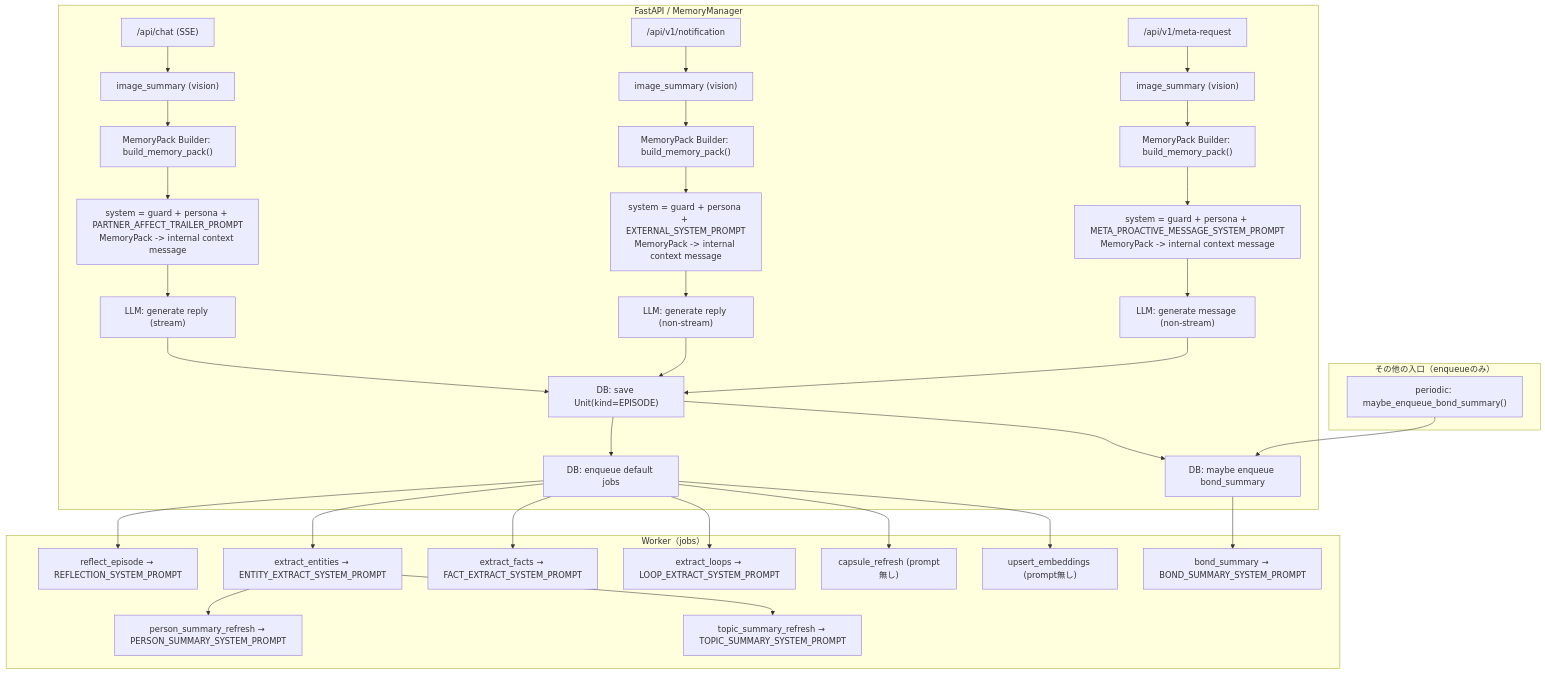
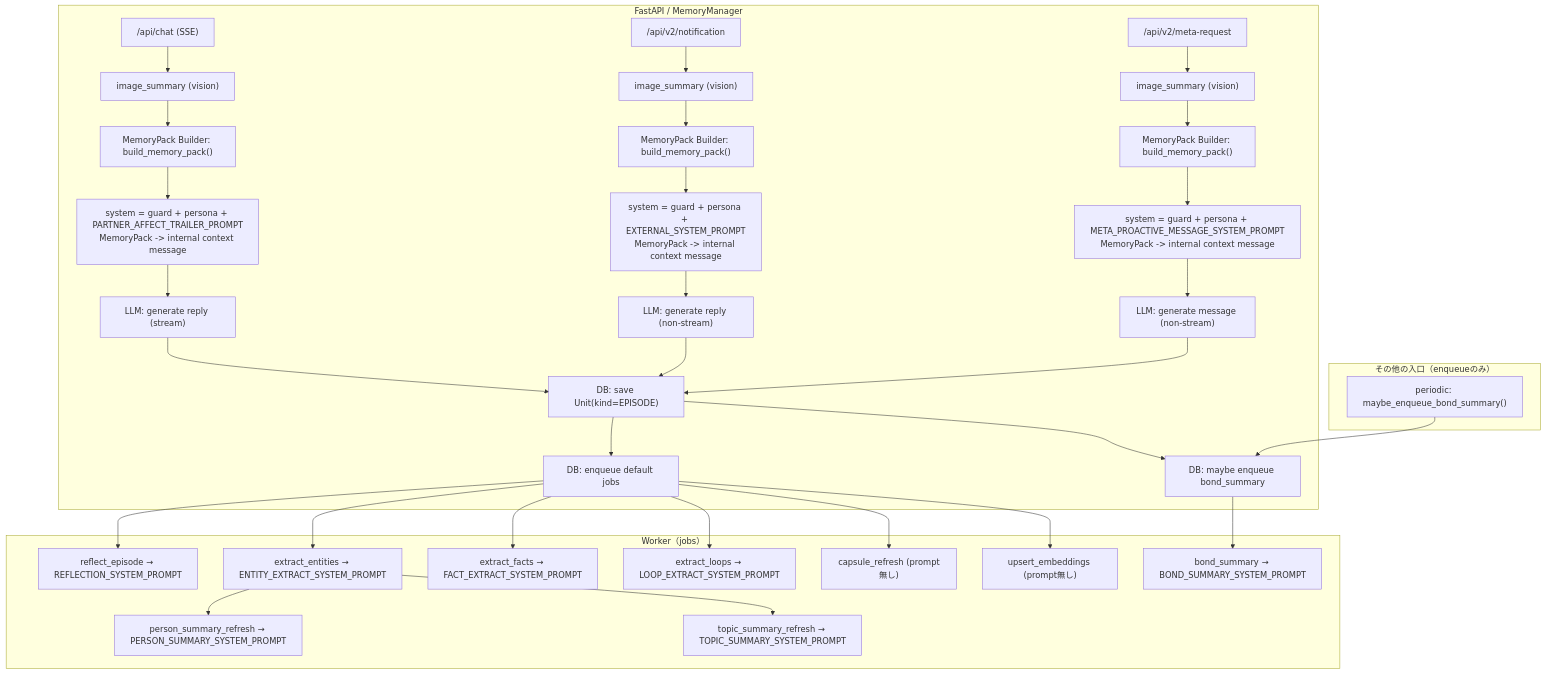
One commit to hirona98/cocoro_ghost changed the first of 4 diagrams in docs/prompt_usage_map.md. Above: the diagram before and after it, drawn with Mermaid. The commit also changed 7 other files, not shown here.

````diff
--- a/docs/prompt_usage_map.md
+++ b/docs/prompt_usage_map.md
@@ -31,43 +31,43 @@
 ```mermaid
 flowchart TD
   subgraph API["FastAPI / MemoryManager"]
     CHAT["/api/chat (SSE)"] --> IMGC["image_summary (vision)"]
-    NOTIF["/api/v1/notification"] --> IMGN["image_summary (vision)"]
-    META["/api/v1/meta-request"] --> IMGM["image_summary (vision)"]
+    NOTIF["/api/v2/notification"] --> IMGN["image_summary (vision)"]
+    META["/api/v2/meta-request"] --> IMGM["image_summary (vision)"]
 
     IMGC --> PACK["MemoryPack Builder: build_memory_pack()"]
     IMGN --> PACKN["MemoryPack Builder: build_memory_pack()"]
     IMGM --> PACKM["MemoryPack Builder: build_memory_pack()"]
 
     PACK --> SYS_CHAT["system = guard + persona + PARTNER_AFFECT_TRAILER_PROMPT\nMemoryPack -> internal context message"]
     PACKN --> SYS_NOTIF["system = guard + persona + EXTERNAL_SYSTEM_PROMPT\nMemoryPack -> internal context message"]
     PACKM --> SYS_META["system = guard + persona + META_PROACTIVE_MESSAGE_SYSTEM_PROMPT\nMemoryPack -> internal context message"]
 
     SYS_CHAT --> LLM_CHAT["LLM: generate reply (stream)"]
     SYS_NOTIF --> LLM_NOTIF["LLM: generate reply (non-stream)"]
     SYS_META --> LLM_META["LLM: generate message (non-stream)"]
 
     LLM_CHAT --> SAVE_EP["DB: save Unit(kind=EPISODE)"]
     LLM_NOTIF --> SAVE_EP
     LLM_META --> SAVE_EP
 
     SAVE_EP --> ENQ["DB: enqueue default jobs"]
     SAVE_EP --> ENQW_MAYBE["DB: maybe enqueue bond_summary"]
   end
 
   subgraph WORKER["Worker（jobs）"]
     ENQ --> REFLECT["reflect_episode → REFLECTION_SYSTEM_PROMPT"]
     ENQ --> ENT["extract_entities → ENTITY_EXTRACT_SYSTEM_PROMPT"]
     ENQ --> FACT["extract_facts → FACT_EXTRACT_SYSTEM_PROMPT"]
     ENQ --> LOOP["extract_loops → LOOP_EXTRACT_SYSTEM_PROMPT"]
     ENQ --> CAPR["capsule_refresh (prompt無し)"]
     ENQ --> EMB["upsert_embeddings (prompt無し)"]
     ENT --> PERS["person_summary_refresh → PERSON_SUMMARY_SYSTEM_PROMPT"]
     ENT --> TOP["topic_summary_refresh → TOPIC_SUMMARY_SYSTEM_PROMPT"]
     ENQW_MAYBE --> WEEK["bond_summary → BOND_SUMMARY_SYSTEM_PROMPT"]
   end
 
   subgraph OTHER["その他の入口（enqueueのみ）"]
     PERIODIC["periodic: maybe_enqueue_bond_summary()"] --> ENQW_MAYBE
   end
 ```
````
